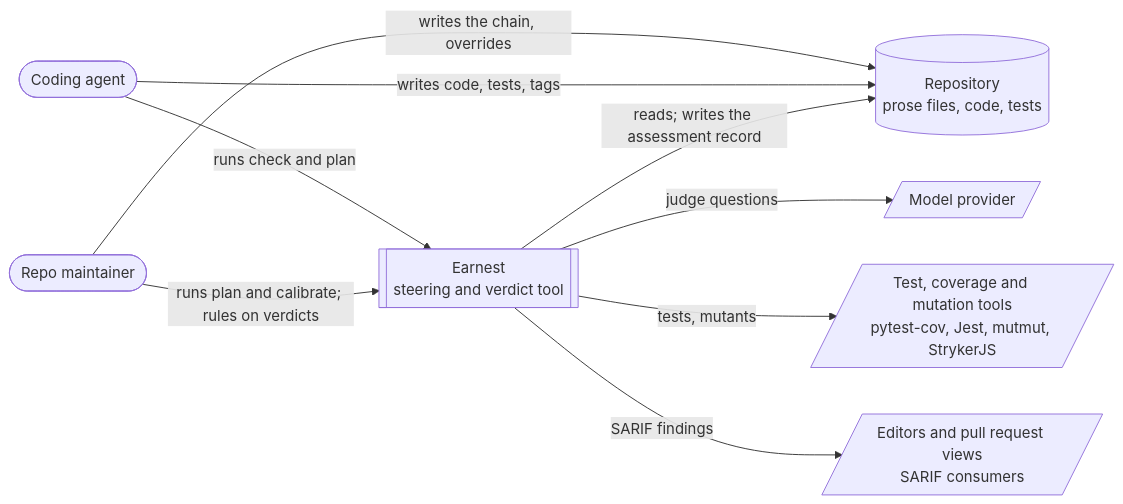
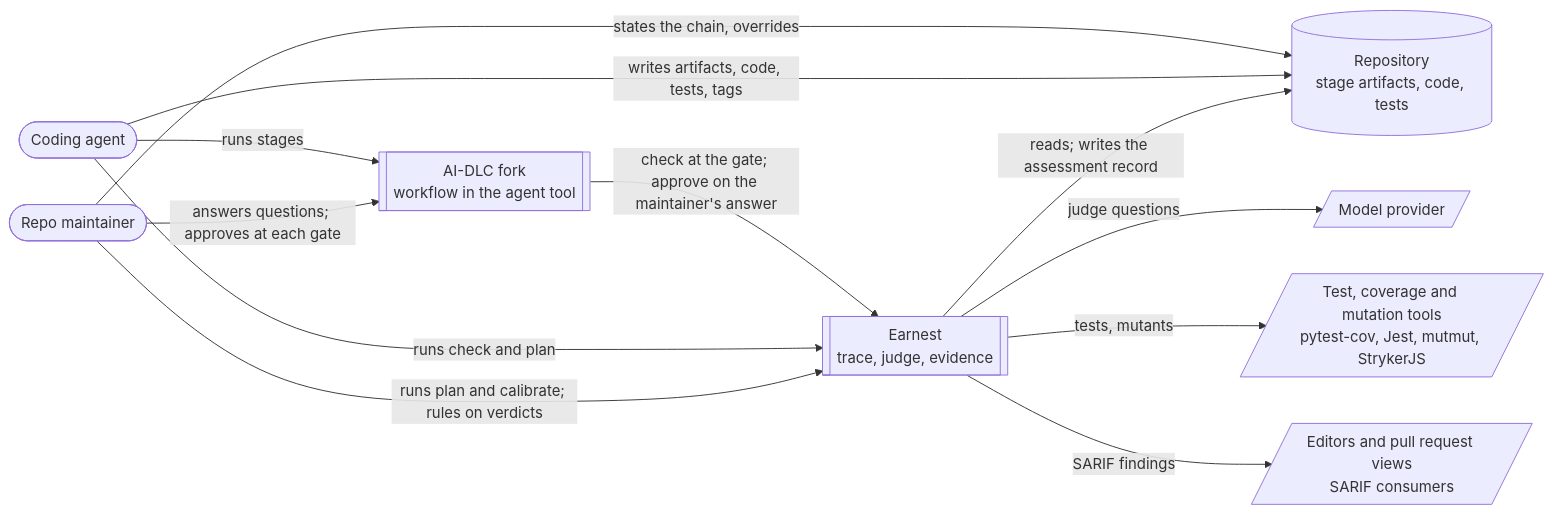
Before and after one commit to nullrul/earnest: the second of 5 diagrams in docs/design/01-logic-design.md, drawn with Mermaid. The commit also changed other lines of this file and 3 other files, not shown here.

````diff
--- a/docs/design/01-logic-design.md
+++ b/docs/design/01-logic-design.md
@@ -663,19 +798,23 @@
 ```mermaid
 flowchart LR
   agent([Coding agent])
   maint([Repo maintainer])
-  earnest[["Earnest<br/>steering and verdict tool"]]
-  repo[("Repository<br/>prose files, code, tests")]
+  aidlc[["AI-DLC fork<br/>workflow in the agent tool"]]
+  earnest[["Earnest<br/>trace, judge, evidence"]]
+  repo[("Repository<br/>stage artifacts, code, tests")]
   model[/"Model provider"/]
   runner[/"Test, coverage and mutation tools<br/>pytest-cov, Jest, mutmut, StrykerJS"/]
   surfaces[/"Editors and pull request views<br/>SARIF consumers"/]
 
+  agent -- "runs stages" --> aidlc
+  maint -- "answers questions; approves at each gate" --> aidlc
+  aidlc -- "check at the gate; approve on the maintainer's answer" --> earnest
   agent -- "runs check and plan" --> earnest
   maint -- "runs plan and calibrate; rules on verdicts" --> earnest
-  maint -- "writes the chain, overrides" --> repo
-  agent -- "writes code, tests, tags" --> repo
+  maint -- "states the chain, overrides" --> repo
+  agent -- "writes artifacts, code, tests, tags" --> repo
   earnest -- "reads; writes the assessment record" --> repo
   earnest -- "judge questions" --> model
   earnest -- "tests, mutants" --> runner
   earnest -- "SARIF findings" --> surfaces
 ```
````
